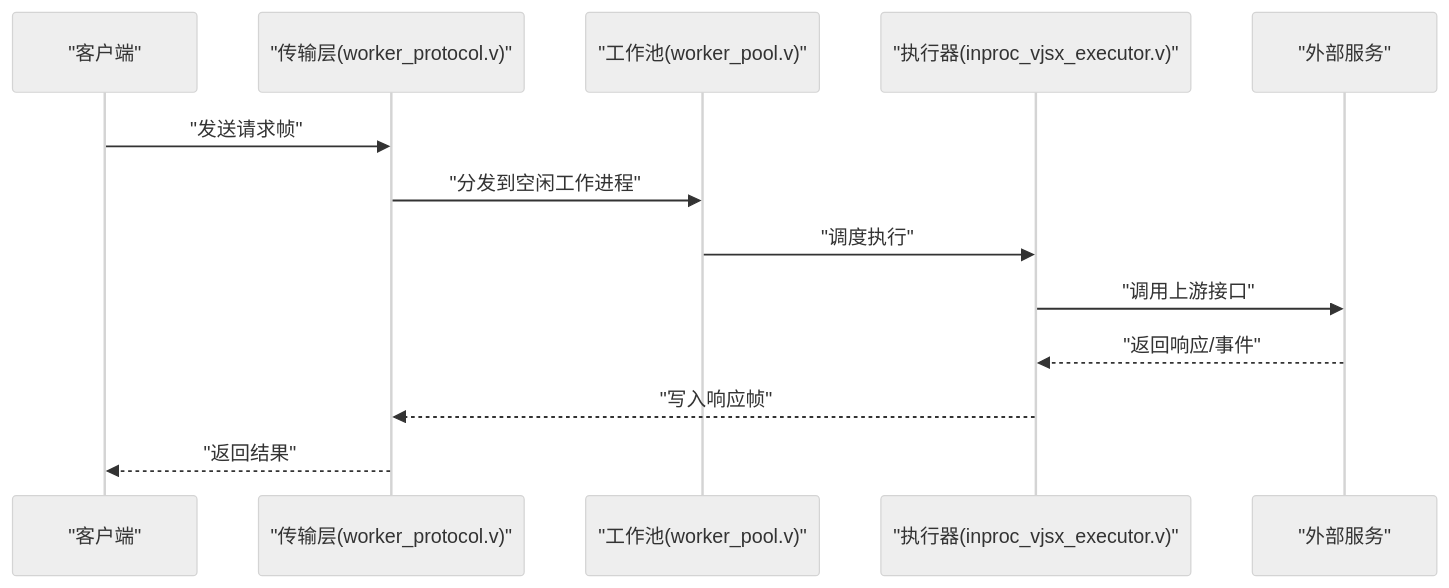
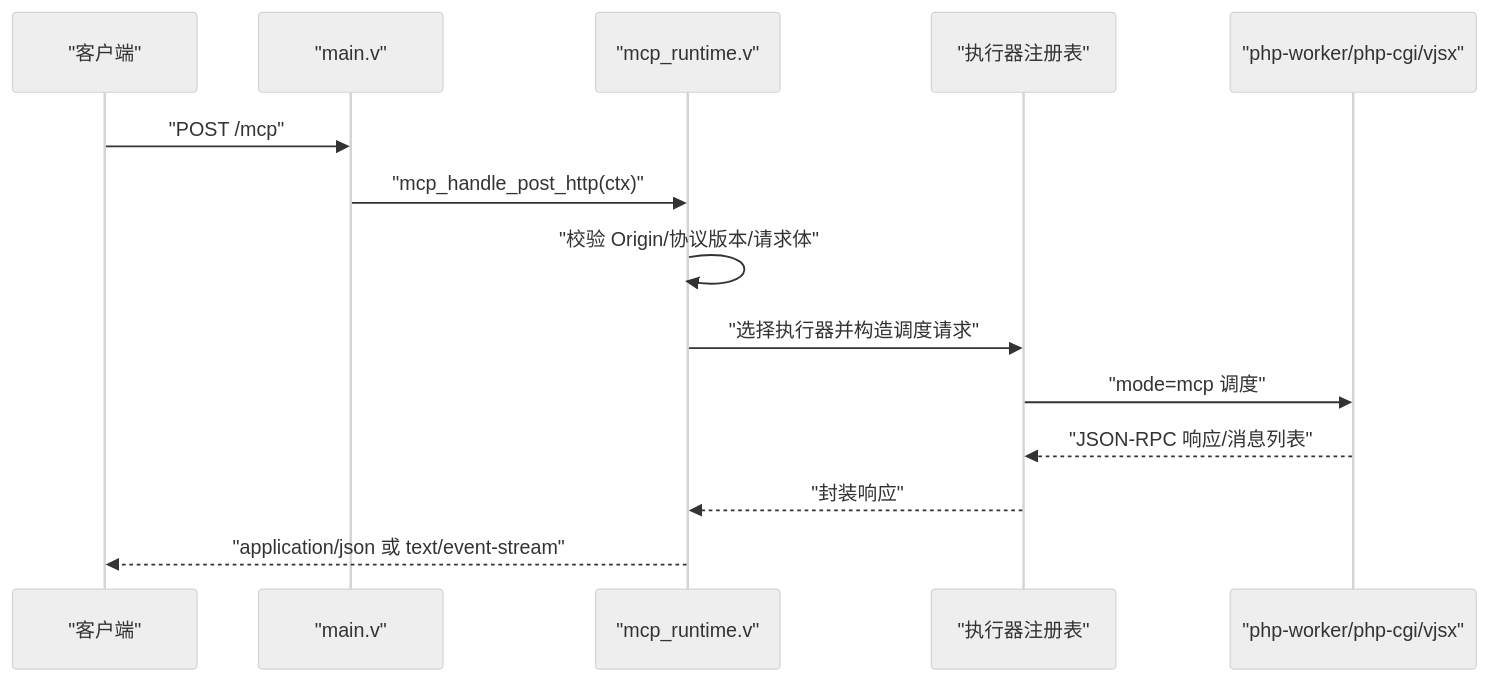
One commit to guweigang/vhttpd changed the fourth of 6 diagrams in .qoder/repowiki/zh/content/项目概述/项目概述.md. Above: the diagram before and after it, drawn with Mermaid (neutral theme). The commit also changed other lines of this file and 697 other files, not shown here.

````diff
--- a/.qoder/repowiki/zh/content/项目概述/项目概述.md
+++ b/.qoder/repowiki/zh/content/项目概述/项目概述.md
@@ -211,15 +218,16 @@
 ```mermaid
 sequenceDiagram
 participant Client as "客户端"
-participant Transport as "传输层(worker_protocol.v)"
-participant Pool as "工作池(worker_pool.v)"
-participant Executor as "执行器(inproc_vjsx_executor.v)"
-participant Upstream as "外部服务"
-Client->>Transport : "发送请求帧"
-Transport->>Pool : "分发到空闲工作进程"
-Pool->>Executor : "调度执行"
-Executor->>Upstream : "调用上游接口"
-Upstream-->>Executor : "返回响应/事件"
-Executor-->>Transport : "写入响应帧"
-Transport-->>Client : "返回结果"
+participant Main as "main.v"
+participant Mcp as "mcp_runtime.v"
+participant Exec as "执行器注册表"
+participant Worker as "php-worker/php-cgi/vjsx"
+Client->>Main : "POST /mcp"
+Main->>Mcp : "mcp_handle_post_http(ctx)"
+Mcp->>Mcp : "校验 Origin/协议版本/请求体"
+Mcp->>Exec : "选择执行器并构造调度请求"
+Exec->>Worker : "mode=mcp 调度"
+Worker-->>Exec : "JSON-RPC 响应/消息列表"
+Exec-->>Mcp : "封装响应"
+Mcp-->>Client : "application/json 或 text/event-stream"
 ```
````
